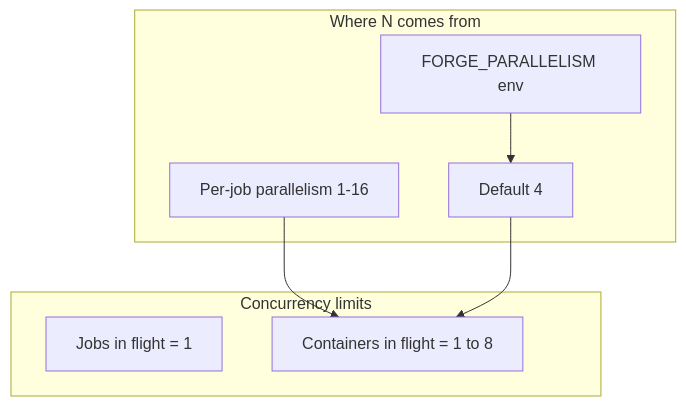
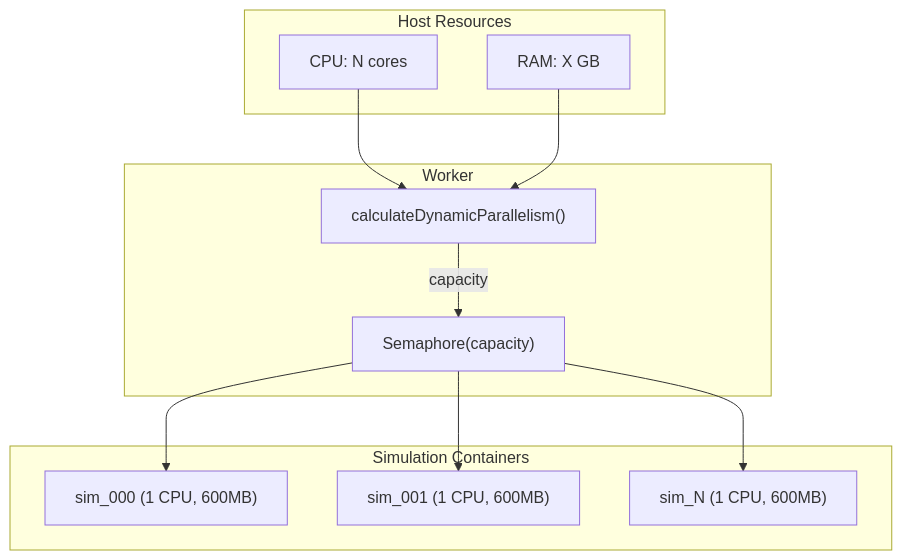
The fourth of 5 diagrams in docs/ARCHITECTURE.md (TytaniumDev/MagicBracketSimulator), drawn with Mermaid before and after one commit. The commit also changed other lines of this file and 23 other files, not shown here.

First line of the commit message:
Split worker into Worker + Simulation two-image architecture

````diff
--- a/docs/ARCHITECTURE.md
+++ b/docs/ARCHITECTURE.md
@@ -255,16 +189,25 @@
 ```mermaid
 flowchart TB
-    subgraph limits["Concurrency limits"]
-        J["Jobs in flight = 1"]
-        C["Containers in flight = 1 to 8"]
+    subgraph resources ["Host Resources"]
+        CPU["CPU: N cores"]
+        RAM["RAM: X GB"]
     end
 
-    subgraph source["Where N comes from"]
-        Default["Default 4"]
-        Env["FORGE_PARALLELISM env"]
-        JobParam["Per-job parallelism 1-16"]
-        JobParam --> C
-        Env --> Default
-        Default --> C
+    subgraph worker ["Worker"]
+        Calc["calculateDynamicParallelism()"]
+        Sem["Semaphore(capacity)"]
     end
+
+    subgraph containers ["Simulation Containers"]
+        C1["sim_000 (1 CPU, 600MB)"]
+        C2["sim_001 (1 CPU, 600MB)"]
+        CN["sim_N (1 CPU, 600MB)"]
+    end
+
+    CPU --> Calc
+    RAM --> Calc
+    Calc -->|capacity| Sem
+    Sem --> C1
+    Sem --> C2
+    Sem --> CN
 ```
````
